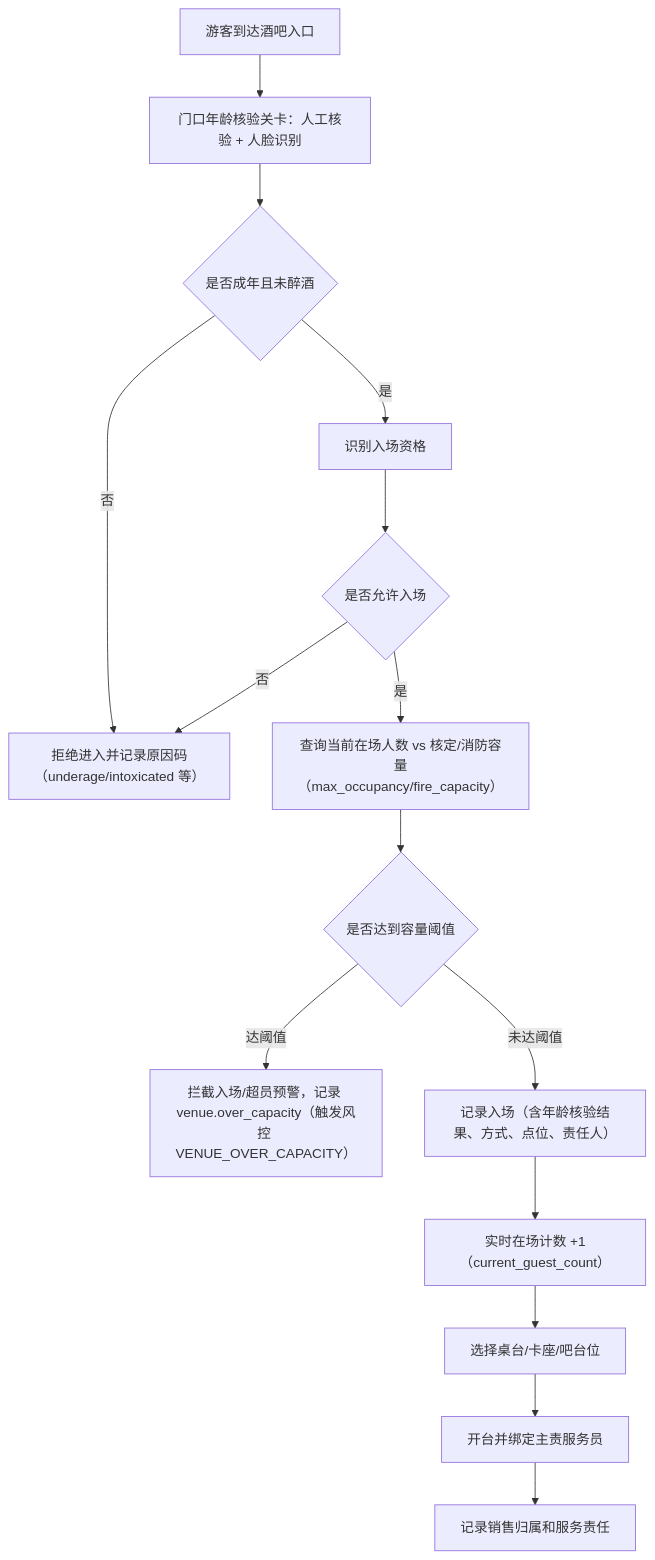
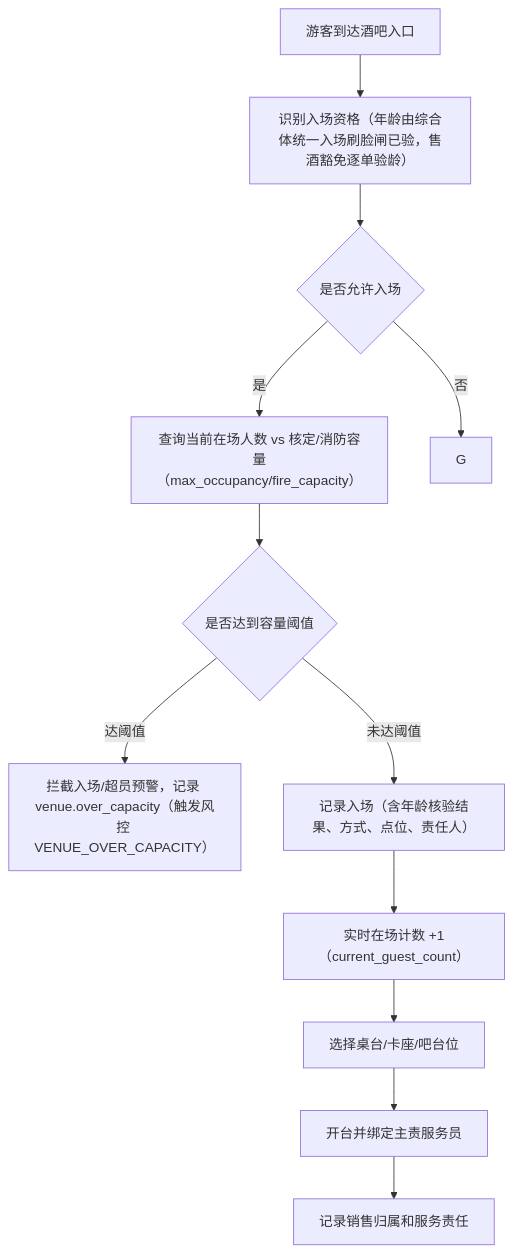
The first of 6 diagrams in docs/bar-business-operations-product-prd-v0.1.md (jxh1979/mall), drawn with Mermaid before and after one commit. The commit also changed other lines of this file and 5 other files, not shown here.

````diff
--- a/docs/bar-business-operations-product-prd-v0.1.md
+++ b/docs/bar-business-operations-product-prd-v0.1.md
@@ -104,17 +104,14 @@
 ```mermaid
 flowchart TD
-  A["游客到达酒吧入口"] --> A1["门口年龄核验关卡：人工核验 + 人脸识别"]
-  A1 --> A2{"是否成年且未醉酒"}
-  A2 -- 否 --> G["拒绝进入并记录原因码（underage/intoxicated 等）"]
-  A2 -- 是 --> B["识别入场资格"]
+  A["游客到达酒吧入口"] --> B["识别入场资格（年龄由综合体统一入场刷脸闸已验，售酒豁免逐单验龄）"]
   B --> C{"是否允许入场"}
   C -- 是 --> C1["查询当前在场人数 vs 核定/消防容量（max_occupancy/fire_capacity）"]
   C1 --> C2{"是否达到容量阈值"}
   C2 -- 达阈值 --> G2["拦截入场/超员预警，记录 venue.over_capacity（触发风控 VENUE_OVER_CAPACITY）"]
   C2 -- 未达阈值 --> D["记录入场（含年龄核验结果、方式、点位、责任人）"]
   D --> D0["实时在场计数 +1（current_guest_count）"]
   D0 --> E["选择桌台/卡座/吧台位"]
   E --> F["开台并绑定主责服务员"]
   F --> F1["记录销售归属和服务责任"]
   C -- 否 --> G
 ```
````
